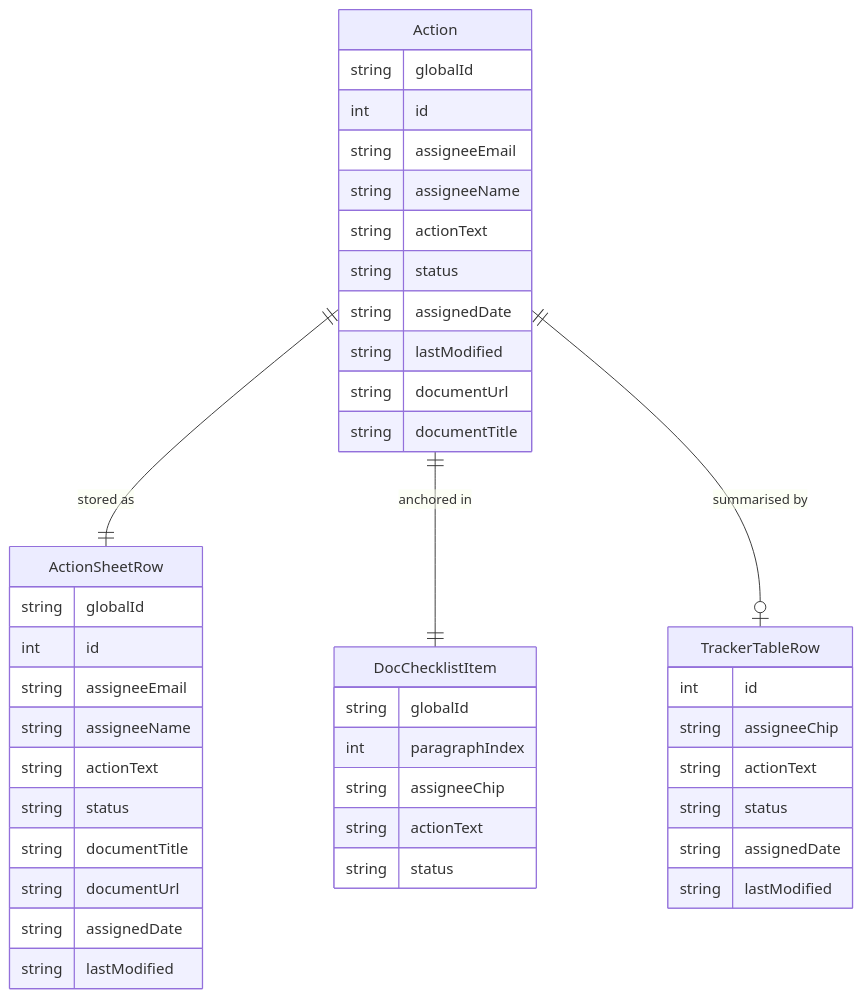
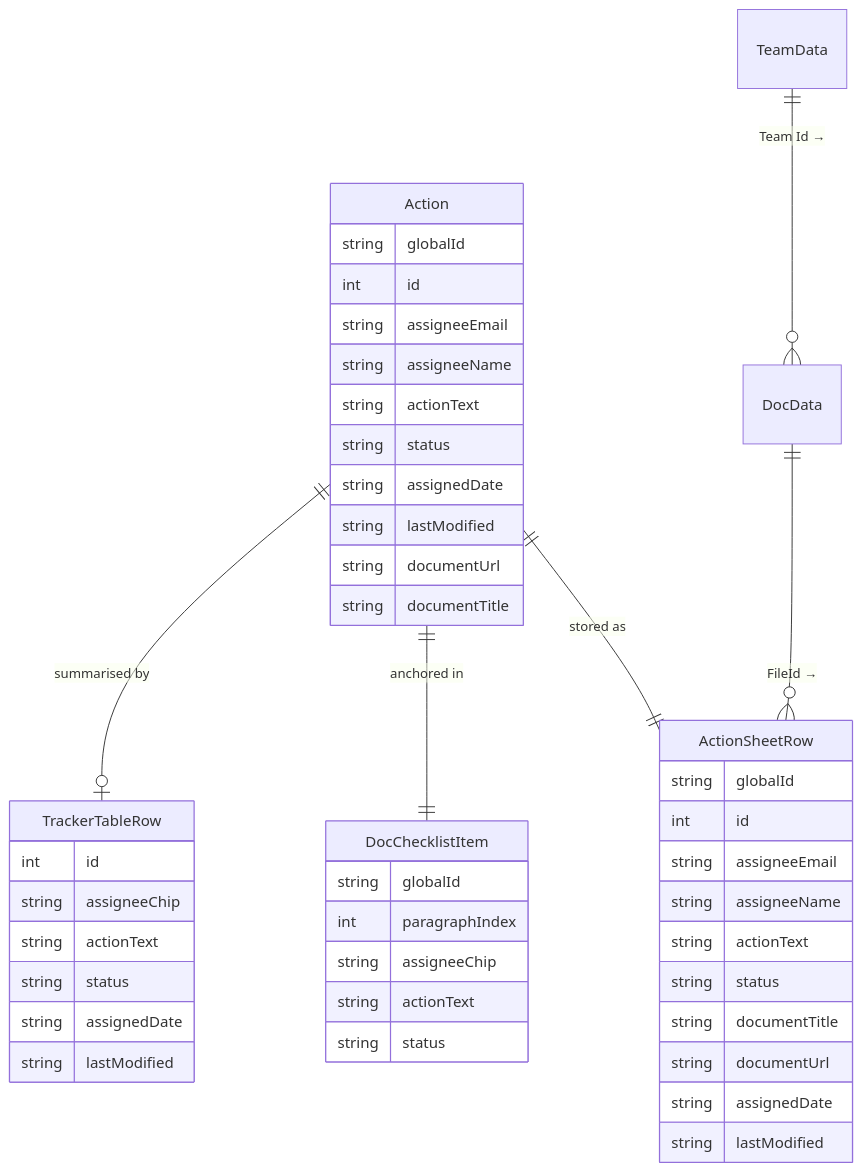
One commit to stuartdonaldson/GActionSheet changed the third of 7 diagrams in docs/DESIGN.md. Above: the diagram before and after it, drawn with Mermaid. The commit also changed other lines of this file and 5 other files, not shown here.

````diff
--- a/docs/DESIGN.md
+++ b/docs/DESIGN.md
@@ -278,46 +278,48 @@
 ```mermaid
 erDiagram
     Action {
         string  globalId
         int     id
         string  assigneeEmail
         string  assigneeName
         string  actionText
         string  status
         string  assignedDate
         string  lastModified
         string  documentUrl
         string  documentTitle
     }
     ActionSheetRow {
         string  globalId
         int     id
         string  assigneeEmail
         string  assigneeName
         string  actionText
         string  status
         string  documentTitle
         string  documentUrl
         string  assignedDate
         string  lastModified
     }
     DocChecklistItem {
         string  globalId
         int     paragraphIndex
         string  assigneeChip
         string  actionText
         string  status
     }
     TrackerTableRow {
         int     id
         string  assigneeChip
         string  actionText
         string  status
         string  assignedDate
         string  lastModified
     }
 
     Action ||--|| ActionSheetRow : "stored as"
     Action ||--|| DocChecklistItem : "anchored in"
     Action ||--o| TrackerTableRow : "summarised by"
+    TeamData ||--o{ DocData : "Team Id →"
+    DocData ||--o{ ActionSheetRow : "FileId →"
 ```
````
